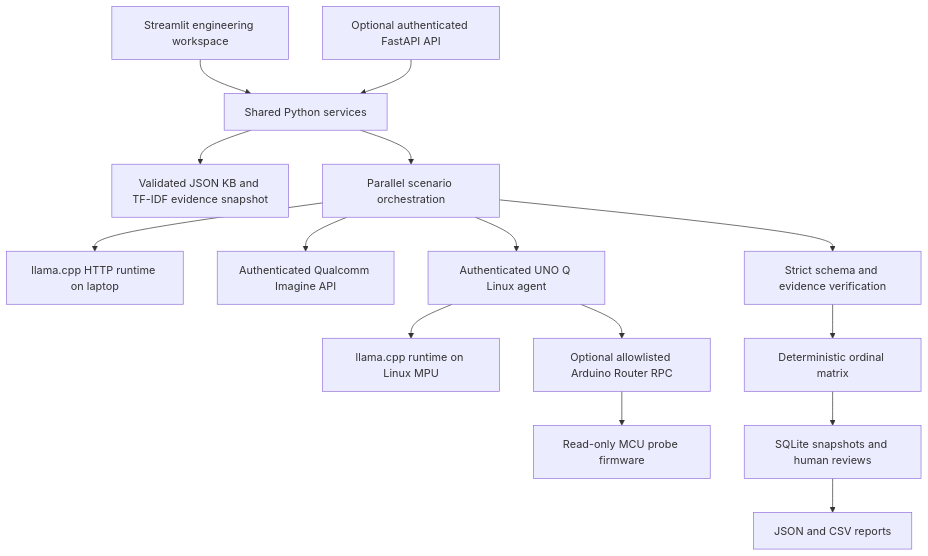
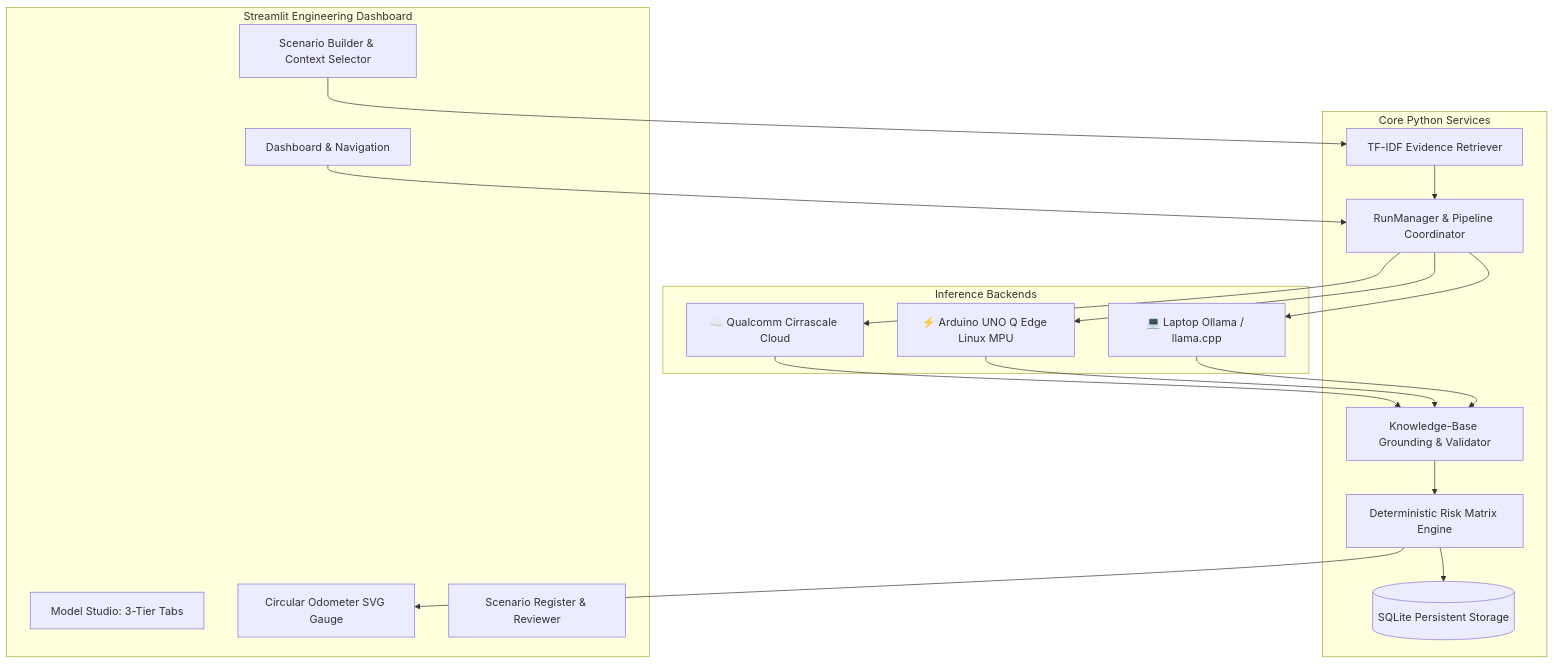
Before and after one commit to Anandhanachu/safety_scenario_generator: the diagram in README.md, drawn with Mermaid. The commit also changed other lines of this file and 1 other file, not shown here.

Commit message:
DAY1: production-ready 3-tier safety scenario generator with circular risk gauge and hardware edge execution

````diff
--- a/README.md
+++ b/README.md
@@ -36,17 +24,37 @@
 ```mermaid
 flowchart TD
-    UI[Streamlit engineering workspace] --> Shared[Shared Python services]
-    API[Optional authenticated FastAPI API] --> Shared
-    Shared --> KB[Validated JSON KB and TF-IDF evidence snapshot]
-    Shared --> Orchestrator[Parallel scenario orchestration]
-    Orchestrator --> Laptop[llama.cpp HTTP runtime on laptop]
-    Orchestrator --> Cloud[Authenticated Qualcomm Imagine API]
-    Orchestrator --> Agent[Authenticated UNO Q Linux agent]
-    Agent --> BoardRuntime[llama.cpp runtime on Linux MPU]
-    Agent --> RPC[Optional allowlisted Arduino Router RPC]
-    RPC --> MCU[Read-only MCU probe firmware]
-    Orchestrator --> Verification[Strict schema and evidence verification]
-    Verification --> Risk[Deterministic ordinal matrix]
-    Risk --> Storage[SQLite snapshots and human reviews]
-    Storage --> Reports[JSON and CSV reports]
+    subgraph UI_Layer [Streamlit Engineering Dashboard]
+        Dash[Dashboard & Navigation]
+        Studio[Model Studio: 3-Tier Tabs]
+        Builder[Scenario Builder & Context Selector]
+        Gauge[Circular Odometer SVG Gauge]
+        Register[Scenario Register & Reviewer]
+    end
+
+    subgraph Service_Layer [Core Python Services]
+        Orchestrator[RunManager & Pipeline Coordinator]
+        TFIDF[TF-IDF Evidence Retriever]
+        Screening[Knowledge-Base Grounding & Validator]
+        RiskEngine[Deterministic Risk Matrix Engine]
+        DB[(SQLite Persistent Storage)]
+    end
+
+    subgraph Execution_Tiers [Inference Backends]
+        Tier1[☁️ Qualcomm Cirrascale Cloud]
+        Tier2[⚡ Arduino UNO Q Edge Linux MPU]
+        Tier3[💻 Laptop Ollama / llama.cpp]
+    end
+
+    Dash --> Orchestrator
+    Builder --> TFIDF
+    TFIDF --> Orchestrator
+    Orchestrator --> Tier1
+    Orchestrator --> Tier2
+    Orchestrator --> Tier3
+    Tier1 --> Screening
+    Tier2 --> Screening
+    Tier3 --> Screening
+    Screening --> RiskEngine
+    RiskEngine --> Gauge
+    RiskEngine --> DB
 ```
````
